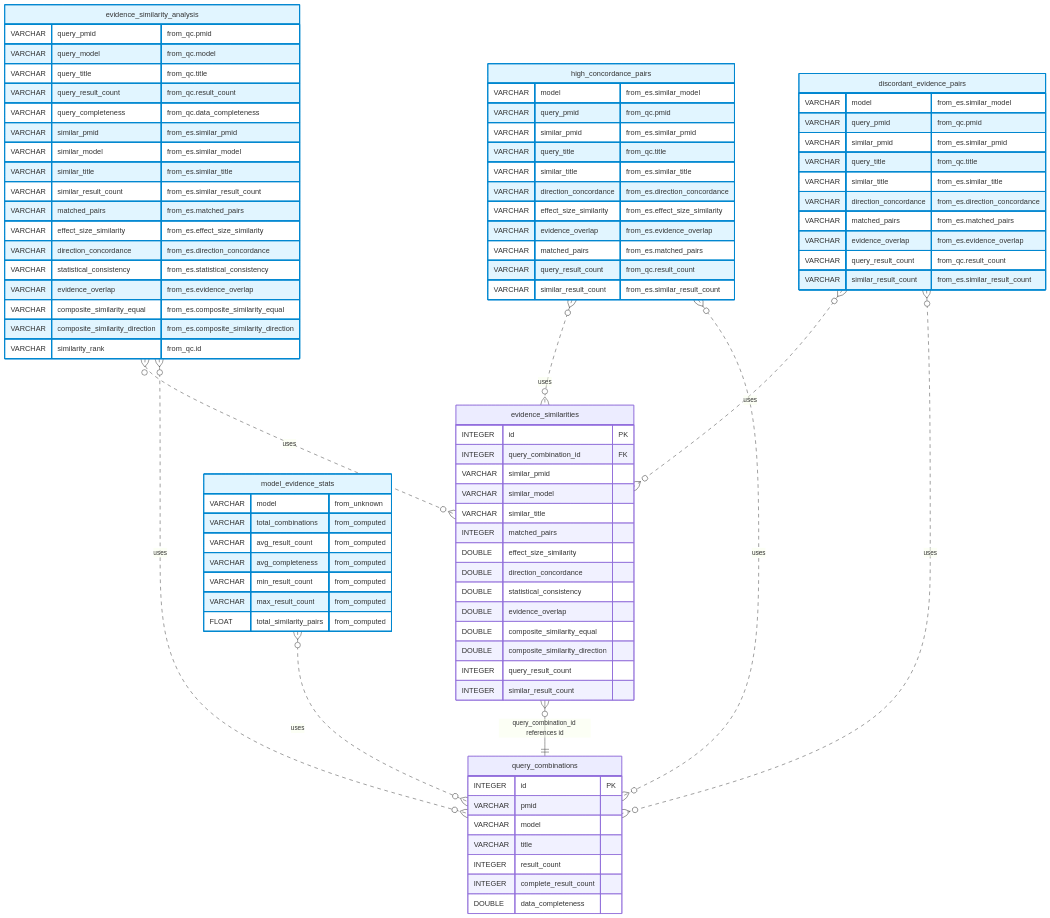
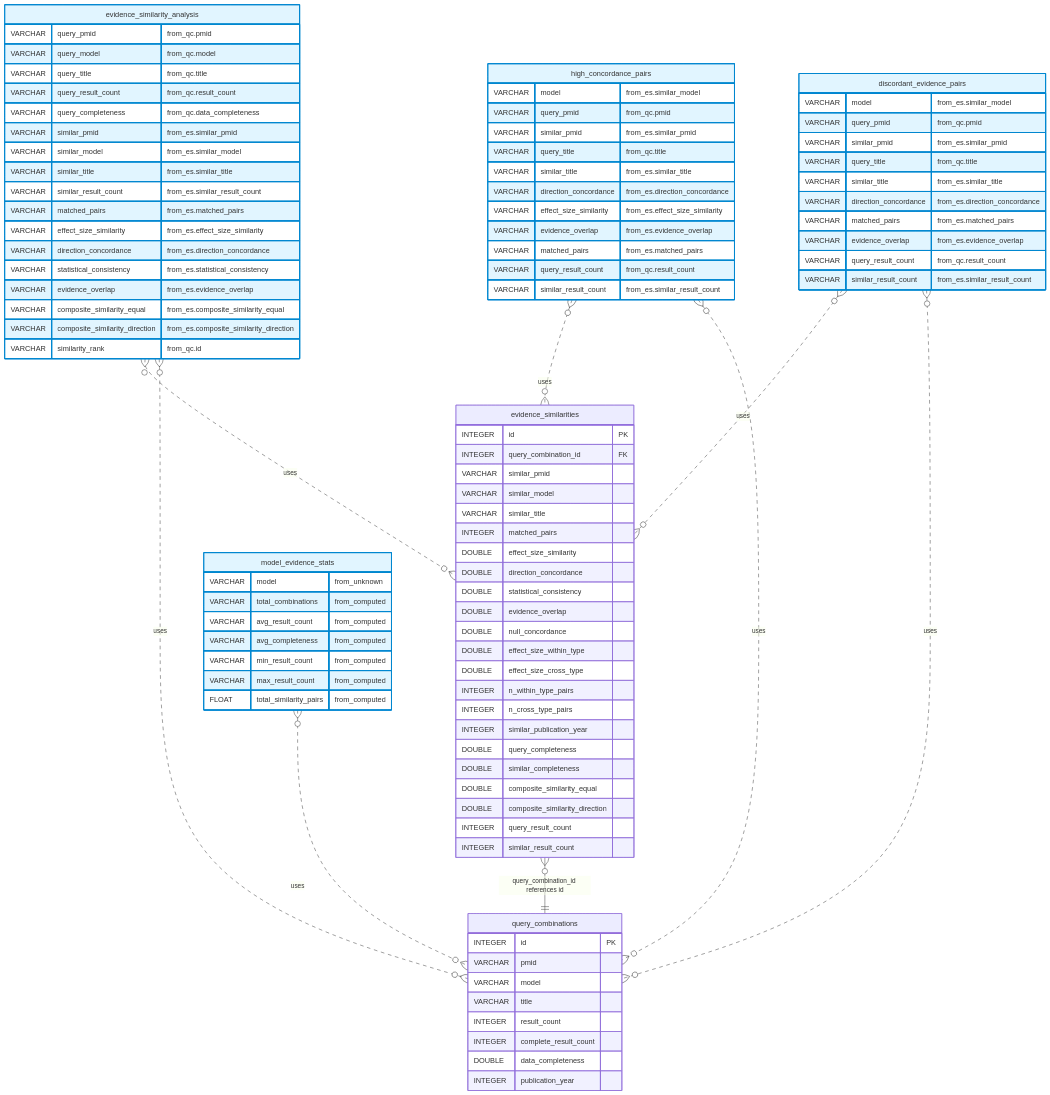
One commit to MRCIEU/mr-kg changed the third of 3 diagrams in docs/processing/db-schema.md. Above: the diagram before and after it, drawn with Mermaid. The commit also changed other lines of this file and 2 other files, not shown here.

```diff
--- a/docs/processing/db-schema.md
+++ b/docs/processing/db-schema.md
@@ -559,6 +572,7 @@
         INTEGER result_count
         INTEGER complete_result_count
         DOUBLE data_completeness
+        INTEGER publication_year
     }
     evidence_similarities {
         INTEGER id PK
@@ -571,6 +585,14 @@
         DOUBLE direction_concordance
         DOUBLE statistical_consistency
         DOUBLE evidence_overlap
+        DOUBLE null_concordance
+        DOUBLE effect_size_within_type
+        DOUBLE effect_size_cross_type
+        INTEGER n_within_type_pairs
+        INTEGER n_cross_type_pairs
+        INTEGER similar_publication_year
+        DOUBLE query_completeness
+        DOUBLE similar_completeness
         DOUBLE composite_similarity_equal
         DOUBLE composite_similarity_direction
         INTEGER query_result_count
```
